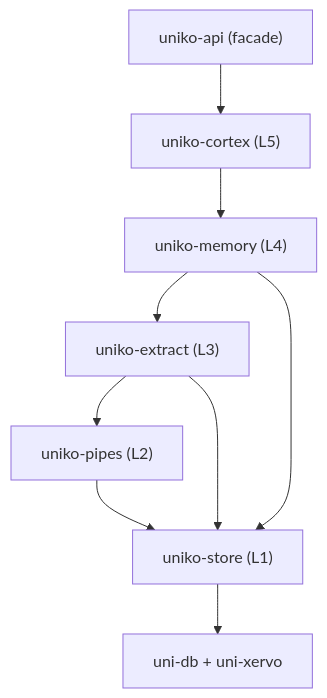
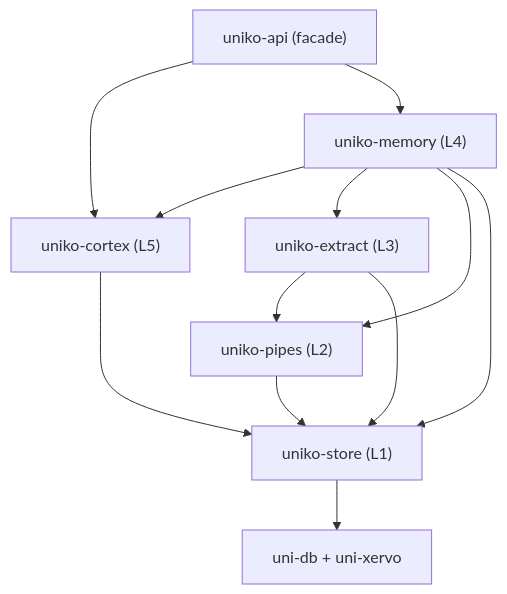
Before and after one commit to milliondreams/uniko: the diagram in website/docs/getting-started/installation.md, drawn with Mermaid. The commit also changed other lines of this file and 23 other files, not shown here.

````diff
--- a/website/docs/getting-started/installation.md
+++ b/website/docs/getting-started/installation.md
@@ -103,14 +110,22 @@
 ```mermaid
 flowchart TB
     api["uniko-api (facade)"]
     cortex["uniko-cortex (L5)"]
     memory["uniko-memory (L4)"]
     extract["uniko-extract (L3)"]
     pipes["uniko-pipes (L2)"]
     store["uniko-store (L1)"]
     unidb["uni-db + uni-xervo"]
 
-    api --> cortex --> memory --> extract --> pipes --> store --> unidb
+    api --> cortex
+    api --> memory
+    memory --> cortex
+    memory --> extract
+    memory --> pipes
     memory --> store
+    cortex --> store
+    extract --> pipes
     extract --> store
+    pipes --> store
+    store --> unidb
 ```
````
